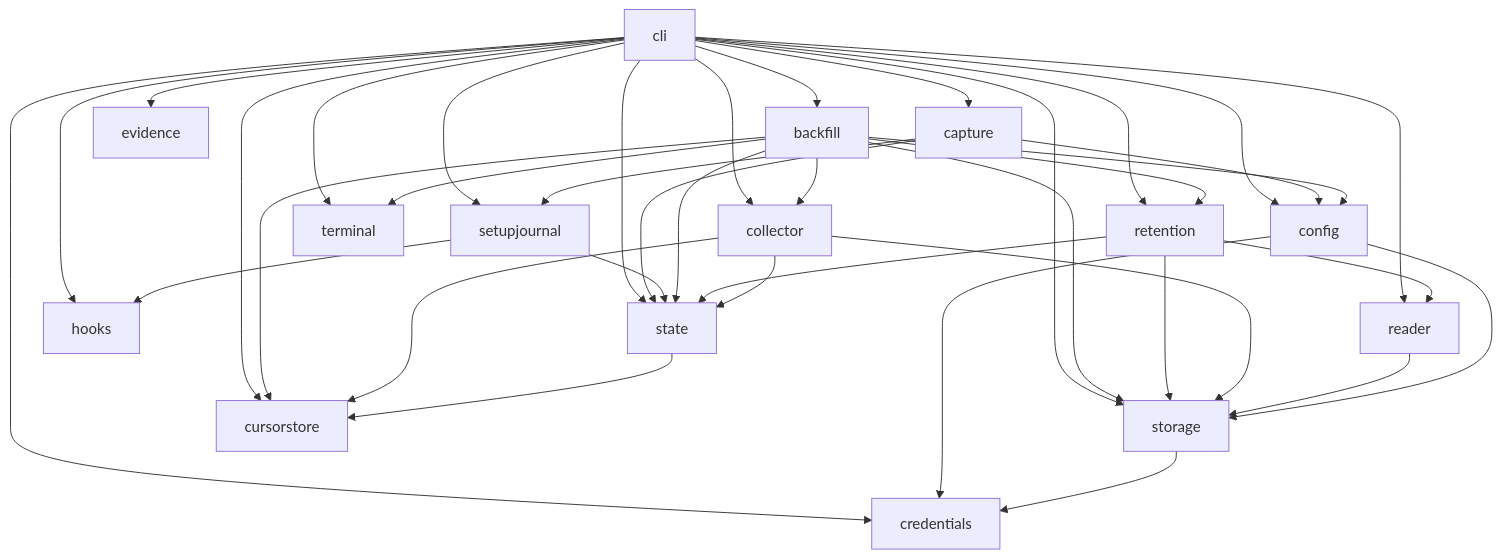
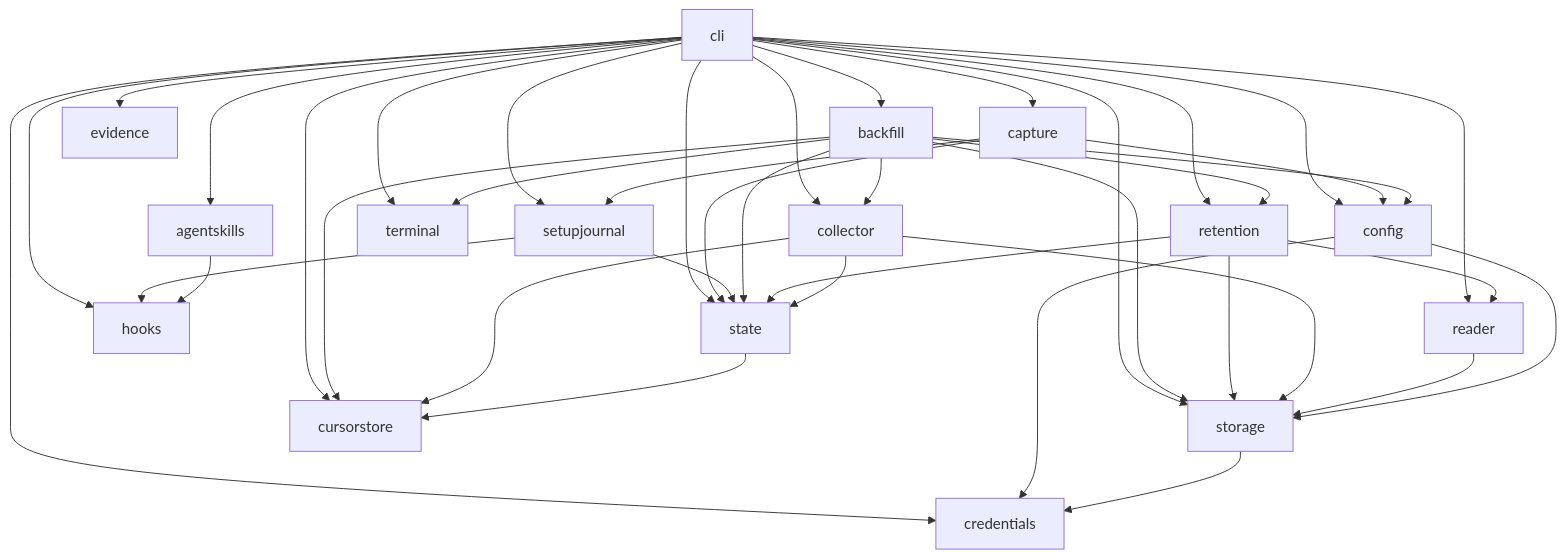
The second of 2 diagrams in dev/contributing/architecture.md (wangjohn/agent-archive), drawn with Mermaid before and after one commit. The commit also changed other lines of this file and 25 other files, not shown here.

````diff
--- a/dev/contributing/architecture.md
+++ b/dev/contributing/architecture.md
@@ -75,14 +76,15 @@
 ```mermaid
 flowchart TD
-  cli --> capture & setupjournal & backfill & collector & retention & reader & hooks & evidence
+  cli --> capture & setupjournal & backfill & collector & retention & reader & hooks & evidence & agentskills
   cli --> config & state & storage & credentials & cursorstore & terminal
   capture --> setupjournal & config & state
   setupjournal --> hooks & state
+  agentskills --> hooks
   backfill --> collector & retention & config & state & storage & cursorstore & terminal
   retention --> reader & state & storage
   collector --> state & storage & cursorstore
   reader --> storage
   config --> credentials & storage
   state --> cursorstore
   storage --> credentials
 ```
````
